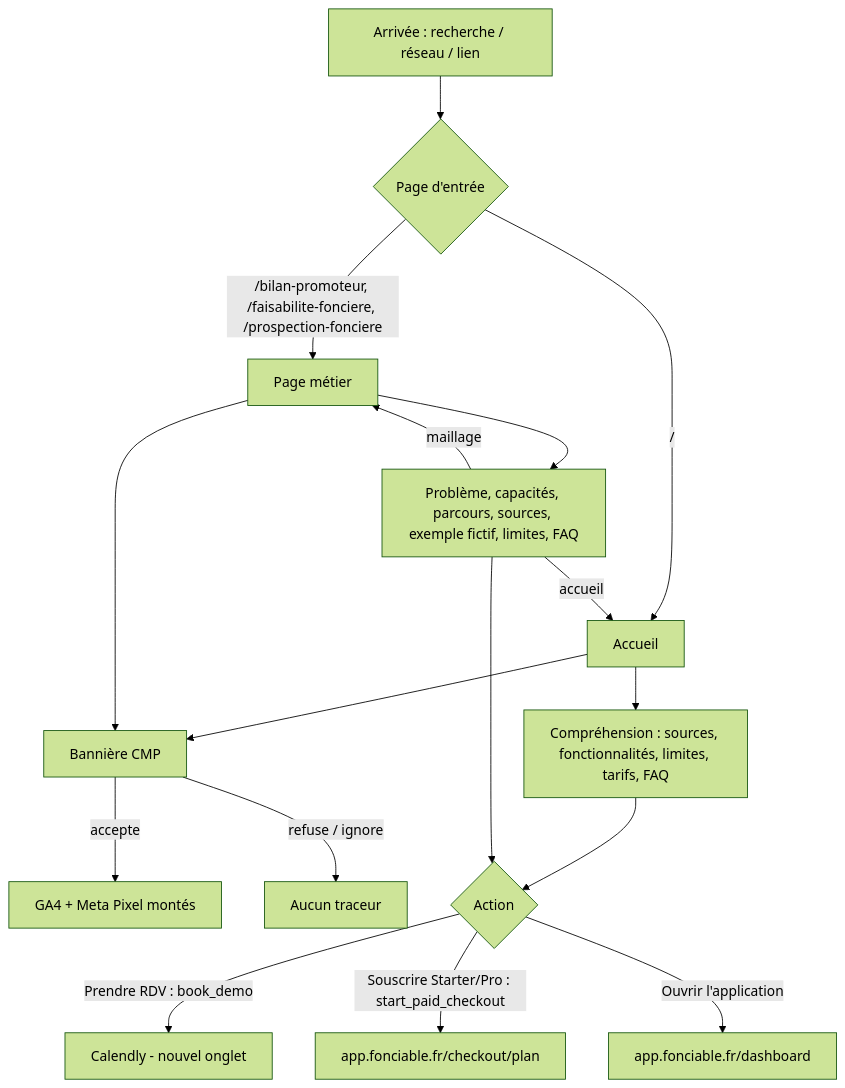
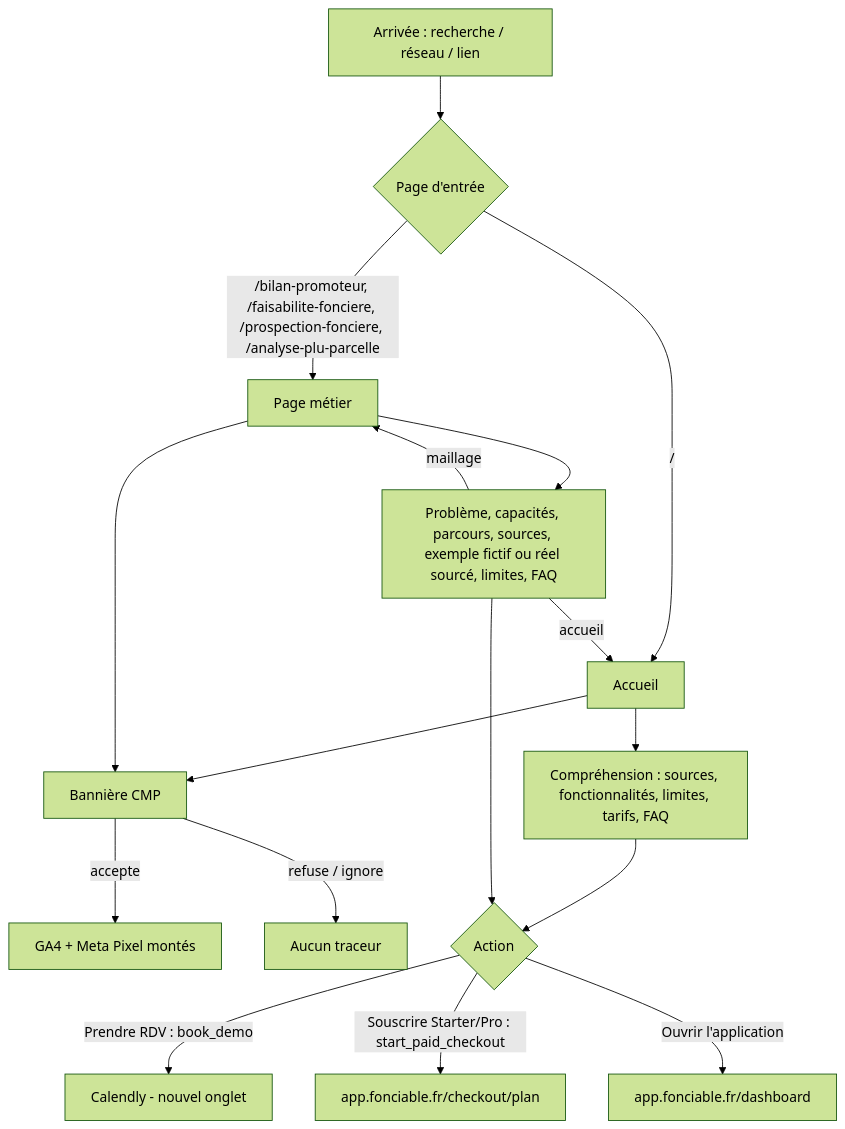
The diagram in docs/APP_FLOW.md (NadirL05/Landing-page-PLU-IA), drawn with Mermaid (forest theme) before and after one commit. The commit also changed other lines of this file and 15 other files, not shown here.

First line of the commit message:
feat(seo): page métier /analyse-plu-parcelle avec exemple réel sourcé (A1-A6)

````diff
--- a/docs/APP_FLOW.md
+++ b/docs/APP_FLOW.md
@@ -36,19 +36,19 @@
 ```mermaid
 flowchart TD
   A[Arrivée : recherche / réseau / lien] --> B{Page d'entrée}
   B -->|/| H[Accueil]
-  B -->|/bilan-promoteur, /faisabilite-fonciere, /prospection-fonciere| M[Page métier]
+  B -->|/bilan-promoteur, /faisabilite-fonciere, /prospection-fonciere, /analyse-plu-parcelle| M[Page métier]
   H --> CMP[Bannière CMP]
   M --> CMP
   CMP -->|accepte| GA[GA4 + Meta Pixel montés]
   CMP -->|refuse / ignore| NOGA[Aucun traceur]
   H --> C[Compréhension : sources, fonctionnalités, limites, tarifs, FAQ]
-  M --> C2[Problème, capacités, parcours, sources, exemple fictif, limites, FAQ]
+  M --> C2[Problème, capacités, parcours, sources, exemple fictif ou réel sourcé, limites, FAQ]
   C2 -->|maillage| M
   C2 -->|accueil| H
   C --> D{Action}
   C2 --> D
   D -->|Prendre RDV : book_demo| CAL[Calendly - nouvel onglet]
   D -->|Souscrire Starter/Pro : start_paid_checkout| CHK[app.fonciable.fr/checkout/plan]
   D -->|Ouvrir l'application| APP[app.fonciable.fr/dashboard]
 ```
````
